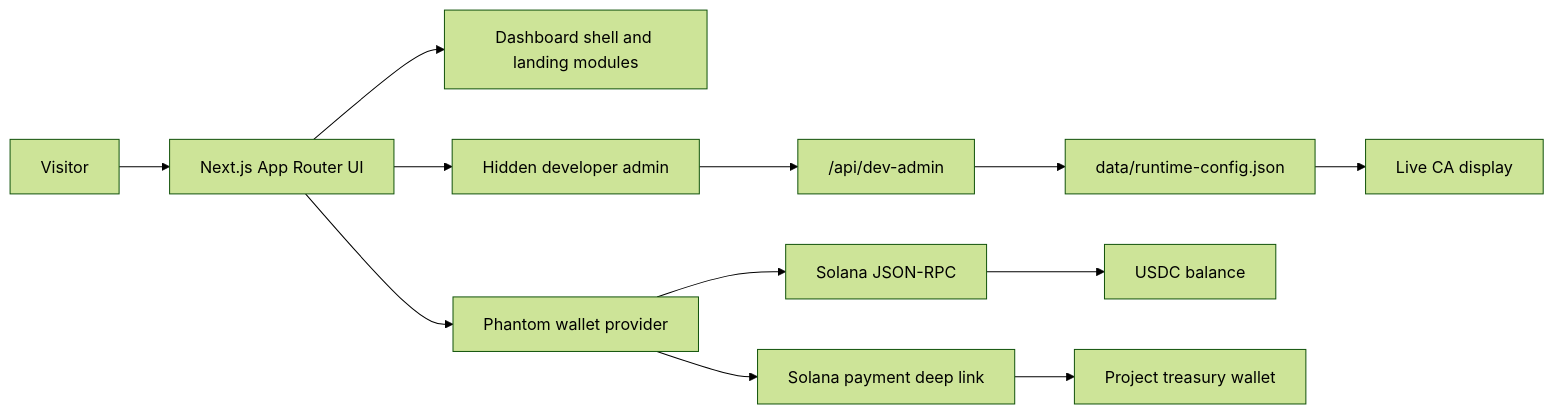
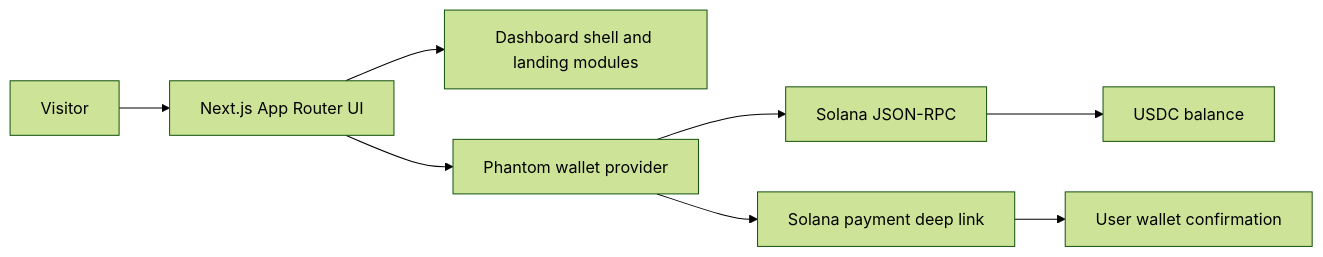
One commit to XPhantom-max/XPhantom changed the first of 2 diagrams in README.md. Above: the diagram before and after it, drawn with Mermaid (forest theme). The commit also changed other lines of this file and 21 other files, not shown here.

````diff
--- a/README.md
+++ b/README.md
@@ -81,14 +74,10 @@
 ```mermaid
 flowchart LR
   Visitor["Visitor"] --> UI["Next.js App Router UI"]
   UI --> Shell["Dashboard shell and landing modules"]
   UI --> Wallet["Phantom wallet provider"]
-  UI --> Admin["Hidden developer admin"]
   Wallet --> RPC["Solana JSON-RPC"]
   Wallet --> Pay["Solana payment deep link"]
-  Admin --> API["/api/dev-admin"]
-  API --> Config["data/runtime-config.json"]
-  Config --> CA["Live CA display"]
   RPC --> Balance["USDC balance"]
-  Pay --> Treasury["Project treasury wallet"]
+  Pay --> WalletConfirm["User wallet confirmation"]
 ```
````
